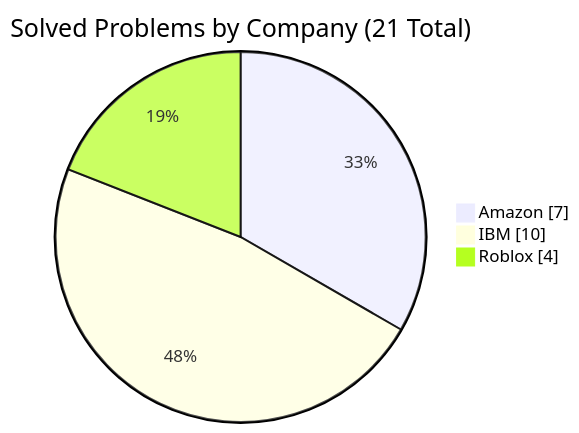
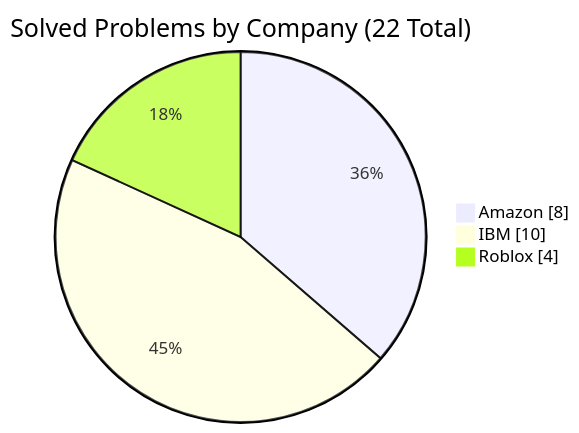
The fourth of 4 diagrams in README.md (simonesiega/leetcode-solutions), drawn with Mermaid before and after one commit. The commit also changed 8 other files, not shown here.

````diff
--- a/README.md
+++ b/README.md
@@ -168,7 +168,7 @@
 ```mermaid
 pie showData
-    title Solved Problems by Company (21 Total)
-    "Amazon" : 7
+    title Solved Problems by Company (22 Total)
+    "Amazon" : 8
     "IBM" : 10
     "Roblox" : 4
 ```
````
